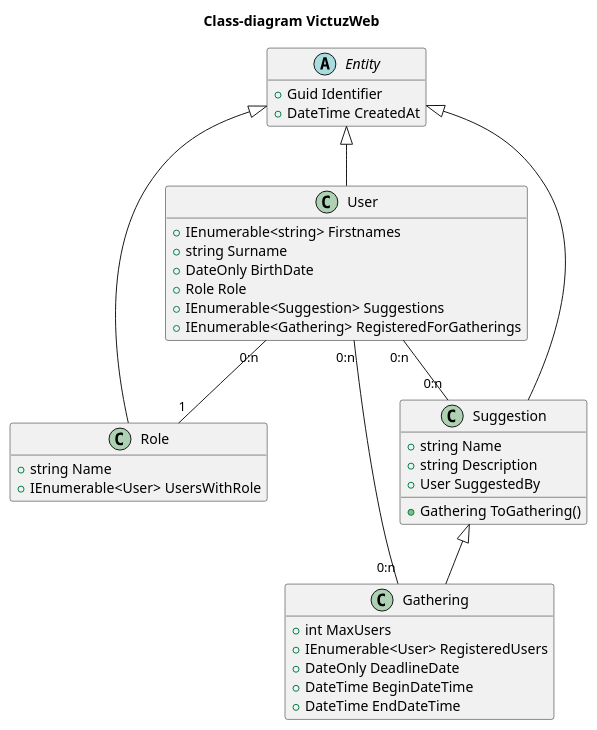
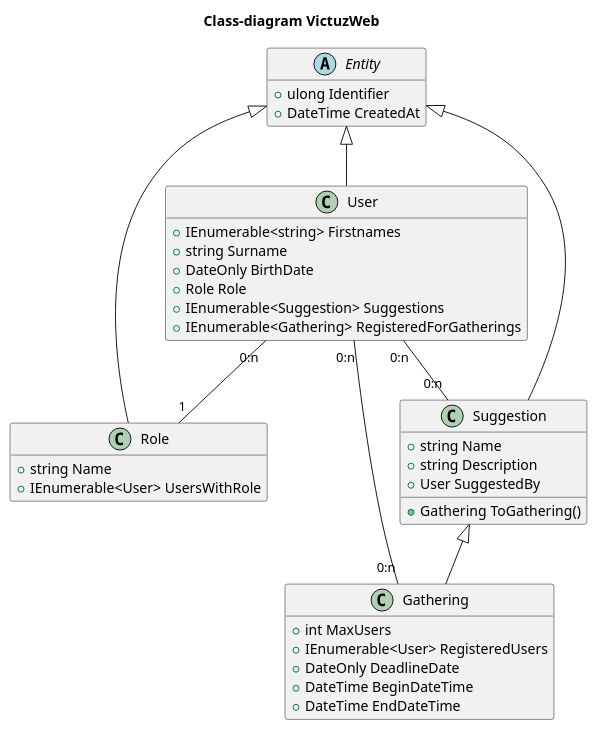
Before and after one commit to SlagterJ/VictuzWeb: the diagram in uml/class.puml, drawn with PlantUML. The commit also changed 1 other file, not shown here.

Commit message:
update uml

```diff
--- a/uml/class.puml
+++ b/uml/class.puml
@@ -1,51 +1,51 @@
 @startuml class
 hide empty members
 title Class-diagram VictuzWeb
 
 
 abstract Entity {
-  + Guid Identifier
+  + ulong Identifier
   + DateTime CreatedAt
 }
 
 class User {
   + IEnumerable<string> Firstnames
   + string Surname
   + DateOnly BirthDate
   + Role Role
   + IEnumerable<Suggestion> Suggestions
   + IEnumerable<Gathering> RegisteredForGatherings
 }
 Entity <|-- User
 
 class Role {
   + string Name
   + IEnumerable<User> UsersWithRole
 }
 Entity <|-- Role
 
 User "0:n" -- "1" Role
 
 class Suggestion {
   + string Name
   + string Description
   + User SuggestedBy
 
   + Gathering ToGathering()
 }
 Entity <|-- Suggestion
 
 User "0:n" -- "0:n" Suggestion
 
 class Gathering {
   + int MaxUsers
   + IEnumerable<User> RegisteredUsers
   + DateOnly DeadlineDate
   + DateTime BeginDateTime
   + DateTime EndDateTime
 }
 Suggestion <|-- Gathering
 
 User "0:n" -- "0:n" Gathering
 
 @enduml
```
